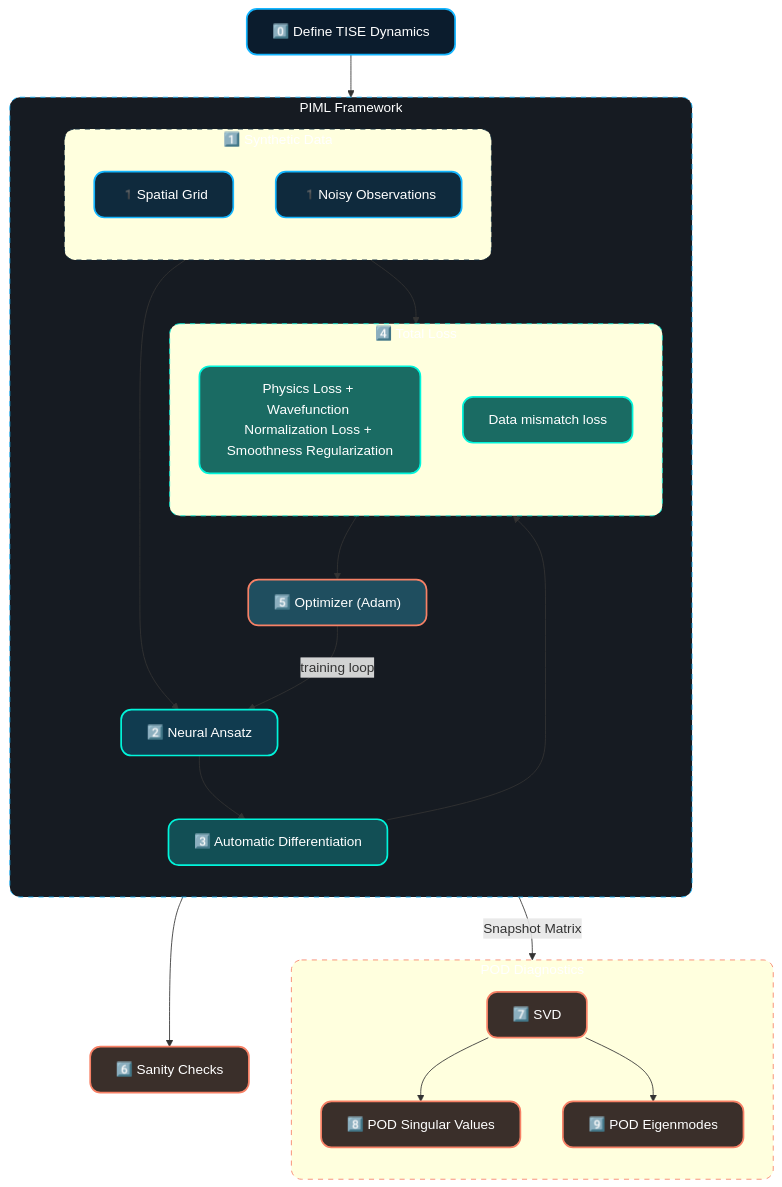
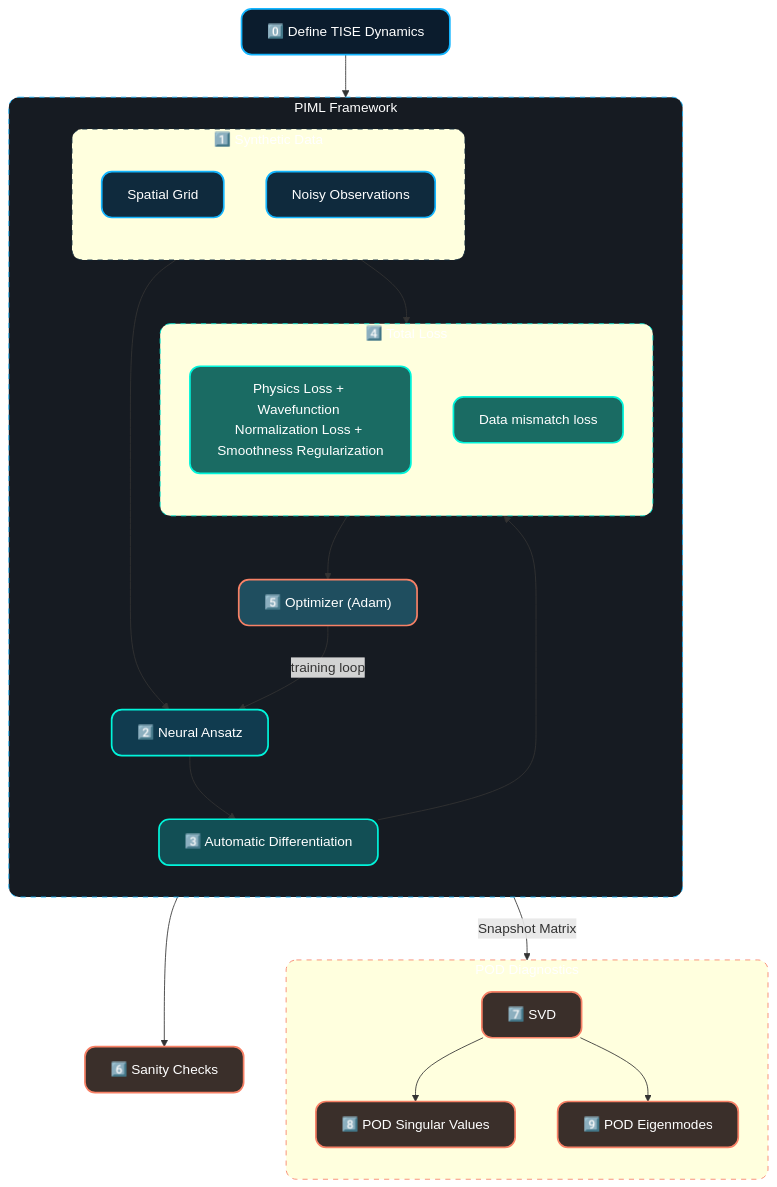
One commit to Scriber-Labs/lf-pinn-inverse-schrodinger changed the diagram in README.md. Above: the diagram before and after it, drawn with Mermaid.

Commit message:
Updated README.md with mermaid diagram of PIML architecture and a table providing a mathematical mapping for each component. Also updated the loss terms table, but it still isn't complete.

```diff
--- a/README.md
+++ b/README.md
@@ -94,8 +94,8 @@
         direction TB
         subgraph synthetic_data["1️⃣ Synthetic Data"]
             direction TB
-            B["1️Spatial Grid"]:::stage1
-            obs["1️Noisy Observations"]:::stage1
+            B["Spatial Grid"]:::stage1
+            obs["Noisy Observations"]:::stage1
         end
         
         synthetic_data:::Observed_data
```
